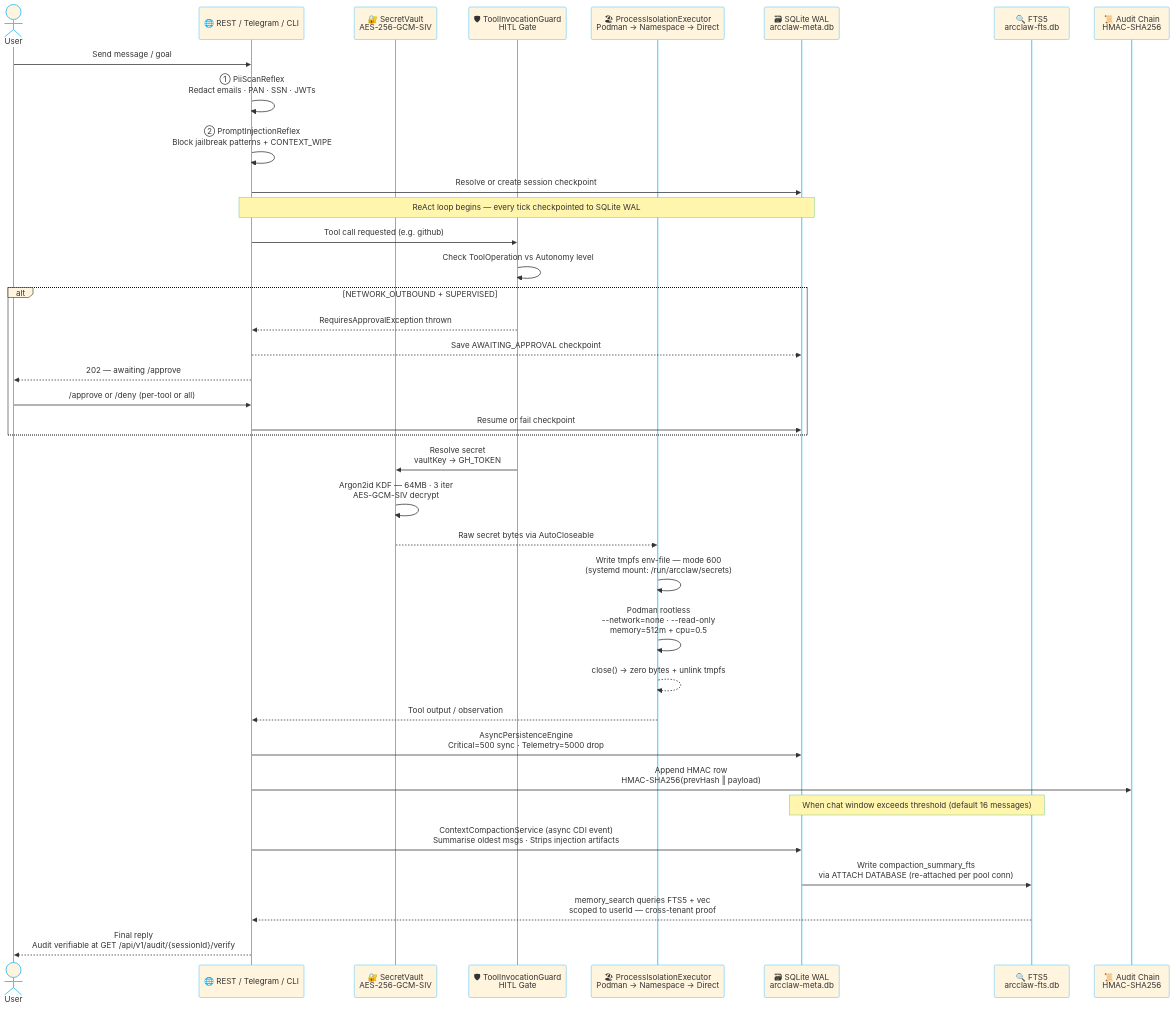
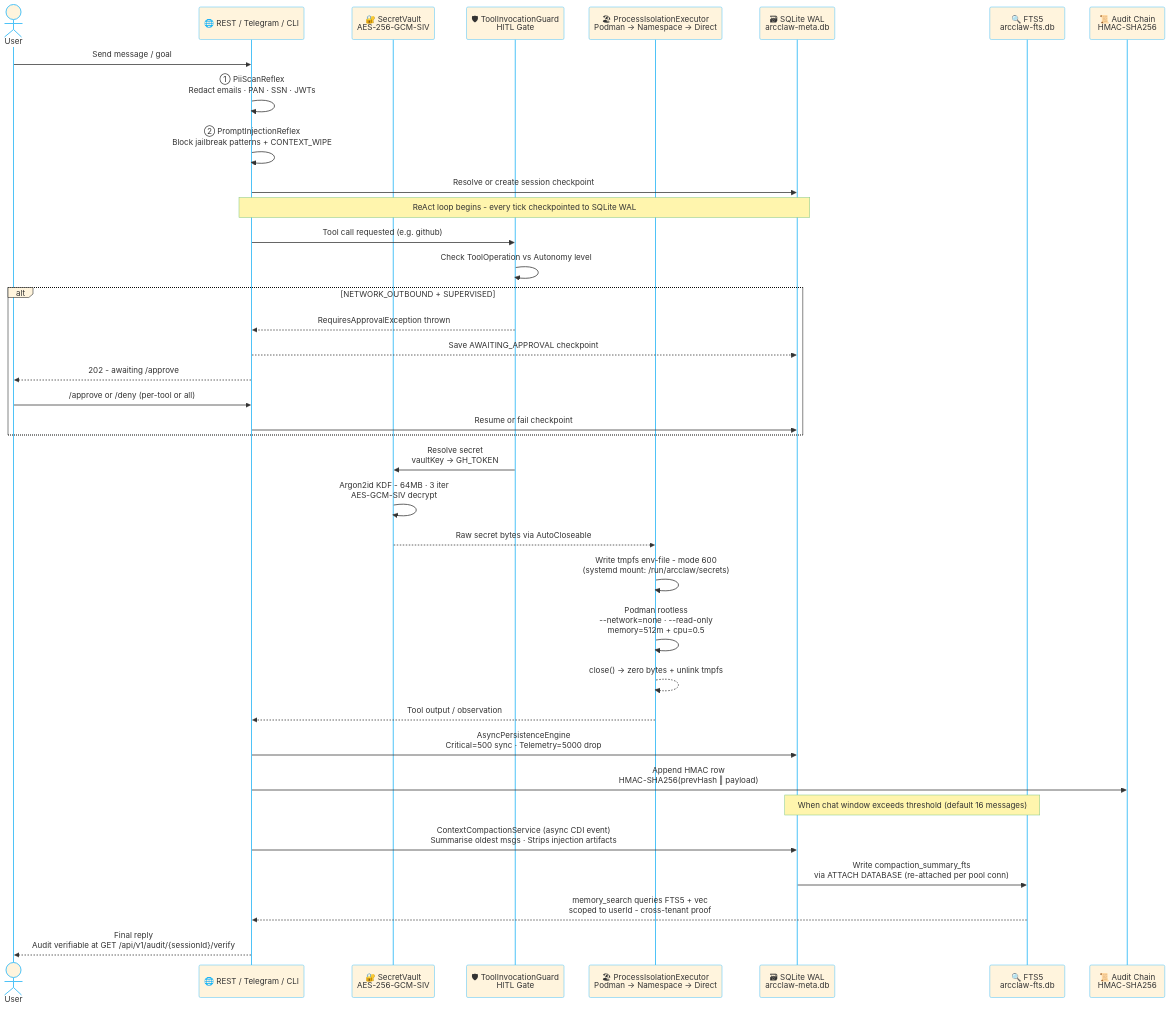
Before and after one commit to rsrini7/AmshaAgent: the seventh of 8 diagrams in README.md, drawn with Mermaid. The commit also changed other lines of this file and 322 other files, not shown here.

````diff
--- a/README.md
+++ b/README.md
@@ -993,50 +993,50 @@
 ```mermaid
 %%{init: {'theme': 'base', 'themeVariables': {'primaryBorderColor': '#4fc3f7', 'lineColor': '#4fc3f7', 'activationBorderColor': '#4fc3f7', 'actorBorder': '#4fc3f7', 'actorLineColor': '#4fc3f7','labelBoxBorderColor': '#0b0c0cff', 'noteBorderColor': '#81c784', 'fontSize': '13px'}}}%%
 sequenceDiagram
     actor User
     participant API as 🌐 REST / Telegram / CLI
     participant Vault as 🔐 SecretVault<br/>AES-256-GCM-SIV
     participant Guard as 🛡 ToolInvocationGuard<br/>HITL Gate
     participant Sandbox as 🏖 ProcessIsolationExecutor<br/>Podman → Namespace → Direct
     participant SQLite as 🗃 SQLite WAL<br/>arcclaw-meta.db
     participant FTS as 🔍 FTS5<br/>arcclaw-fts.db
     participant Audit as 📜 Audit Chain<br/>HMAC-SHA256
 
     User->>API: Send message / goal
     API->>API: ① PiiScanReflex<br/>Redact emails · PAN · SSN · JWTs
     API->>API: ② PromptInjectionReflex<br/>Block jailbreak patterns + CONTEXT_WIPE
     API->>SQLite: Resolve or create session checkpoint
 
-    Note over API,SQLite: ReAct loop begins — every tick checkpointed to SQLite WAL
+    Note over API,SQLite: ReAct loop begins - every tick checkpointed to SQLite WAL
 
     API->>Guard: Tool call requested (e.g. github)
     Guard->>Guard: Check ToolOperation vs Autonomy level
 
     alt NETWORK_OUTBOUND + SUPERVISED
         Guard-->>API: RequiresApprovalException thrown
         API-->>SQLite: Save AWAITING_APPROVAL checkpoint
-        API-->>User: 202 — awaiting /approve
+        API-->>User: 202 - awaiting /approve
         User->>API: /approve or /deny (per-tool or all)
         API->>SQLite: Resume or fail checkpoint
     end
 
     Guard->>Vault: Resolve secret<br/>vaultKey → GH_TOKEN
-    Vault->>Vault: Argon2id KDF — 64MB · 3 iter<br/>AES-GCM-SIV decrypt
+    Vault->>Vault: Argon2id KDF - 64MB · 3 iter<br/>AES-GCM-SIV decrypt
     Vault-->>Sandbox: Raw secret bytes via AutoCloseable
 
-    Sandbox->>Sandbox: Write tmpfs env-file — mode 600<br/>(systemd mount: /run/arcclaw/secrets)
+    Sandbox->>Sandbox: Write tmpfs env-file - mode 600<br/>(systemd mount: /run/arcclaw/secrets)
     Sandbox->>Sandbox: Podman rootless<br/>--network=none · --read-only<br/>memory=512m + cpu=0.5
     Sandbox-->>Sandbox: close() → zero bytes + unlink tmpfs
 
     Sandbox-->>API: Tool output / observation
     API->>SQLite: AsyncPersistenceEngine<br/>Critical=500 sync · Telemetry=5000 drop
     API->>Audit: Append HMAC row<br/>HMAC-SHA256(prevHash ‖ payload)
 
     Note over SQLite,FTS: When chat window exceeds threshold (default 16 messages)
 
     API->>SQLite: ContextCompactionService (async CDI event)<br/>Summarise oldest msgs · Strips injection artifacts
     SQLite->>FTS: Write compaction_summary_fts<br/>via ATTACH DATABASE (re-attached per pool conn)
-    FTS-->>API: memory_search queries FTS5 + vec<br/>scoped to userId — cross-tenant proof
+    FTS-->>API: memory_search queries FTS5 + vec<br/>scoped to userId - cross-tenant proof
 
     API-->>User: Final reply<br/>Audit verifiable at GET /api/v1/audit/{sessionId}/verify
 ```
````
